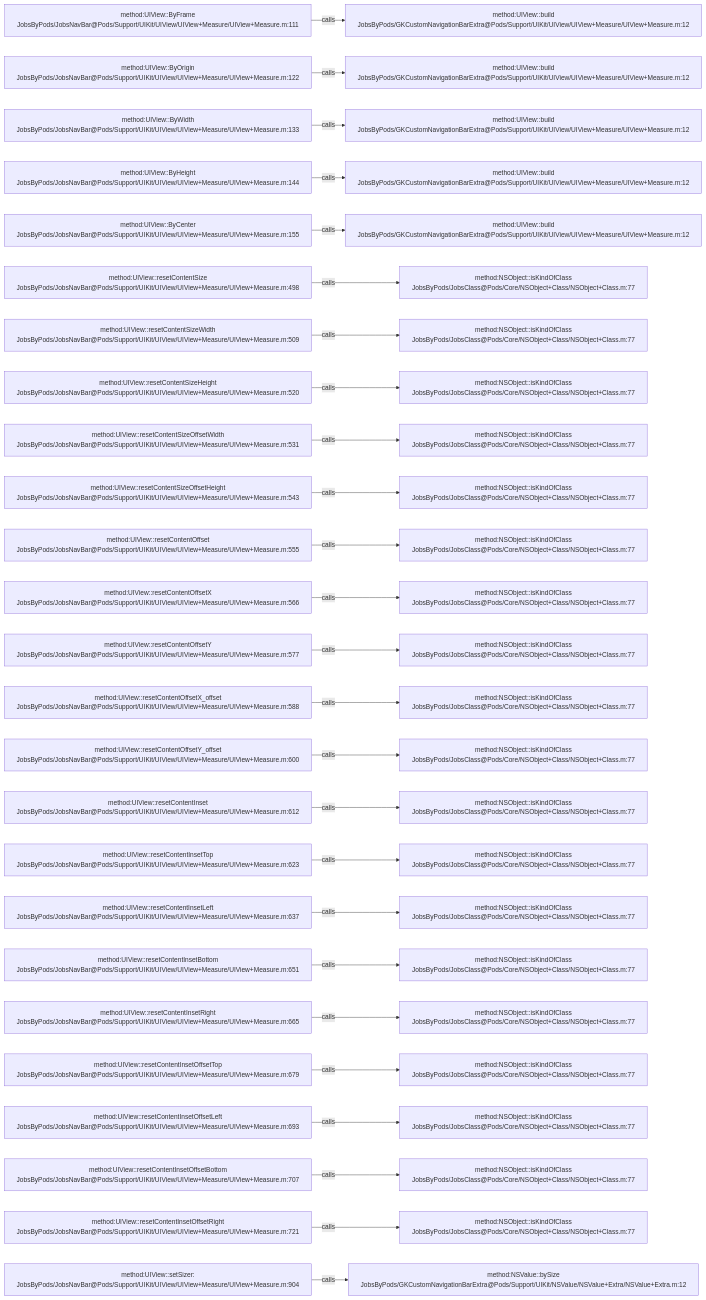
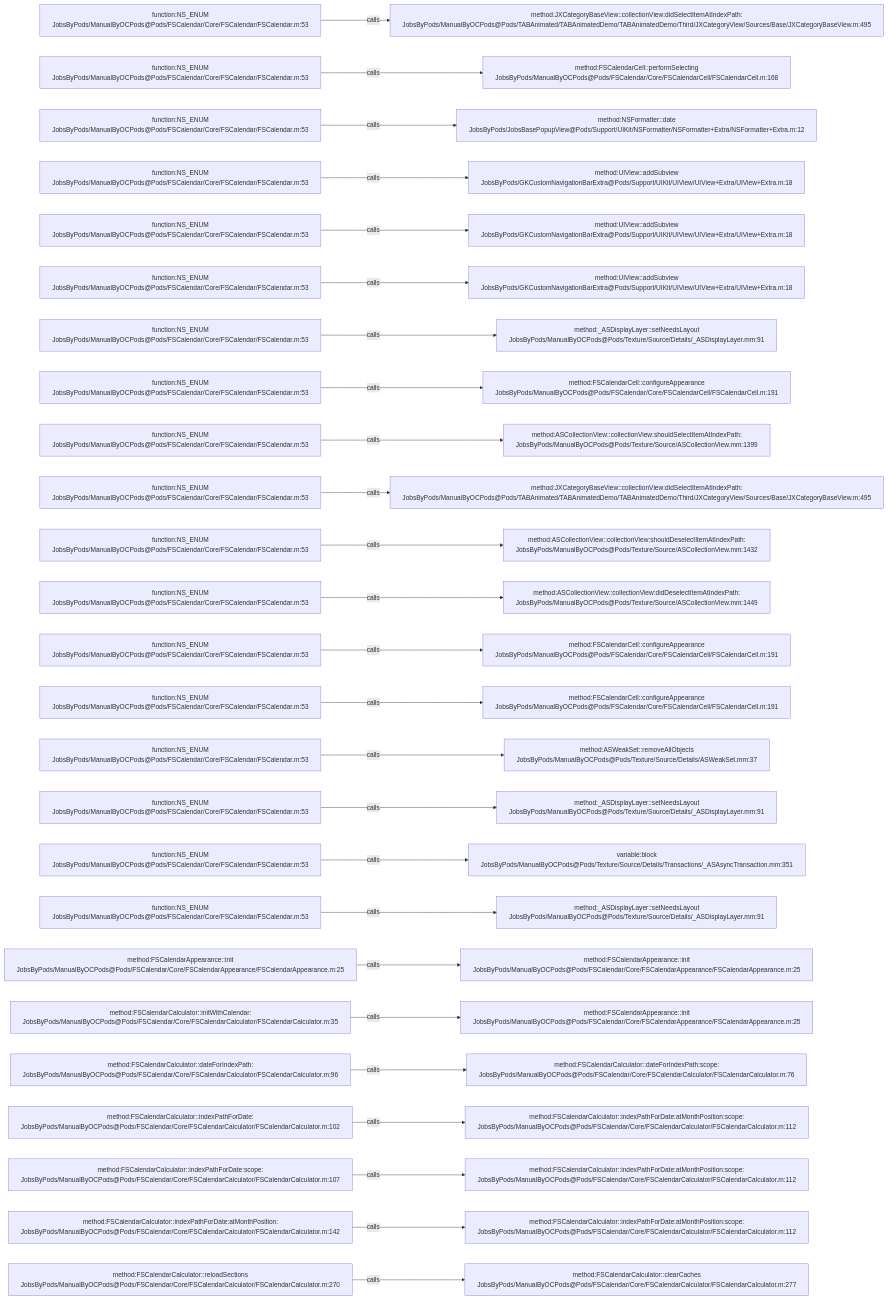
Before and after one commit to JobsKits/JobsOCBaseConfigDemo: the diagram in .codegraph/codegraph.md/graphs/calls-121.md, drawn with Mermaid. The commit also changed 573 other files, not shown here.

````diff
--- a/.codegraph/codegraph.md/graphs/calls-121.md
+++ b/.codegraph/codegraph.md/graphs/calls-121.md
@@ -13,78 +13,78 @@
 ```mermaid
 flowchart LR
-  S1["method:UIView::ByFrame<br/>JobsByPods/JobsNavBar@Pods/Support/UIKit/UIView/UIView+Measure/UIView+Measure.m:111"]
-  T1["method:UIView::build<br/>JobsByPods/GKCustomNavigationBarExtra@Pods/Support/UIKit/UIView/UIView+Measure/UIView+Measure.m:12"]
+  S1["function:NS_ENUM<br/>JobsByPods/ManualByOCPods@Pods/FSCalendar/Core/FSCalendar/FSCalendar.m:53"]
+  T1["method:JXCategoryBaseView::collectionView:didSelectItemAtIndexPath:<br/>JobsByPods/ManualByOCPods@Pods/TABAnimated/TABAnimatedDemo/TABAnimatedDemo/Third/JXCategoryView/Sources/Base/JXCategoryBaseView.m:495"]
   S1 -->|calls| T1
-  S2["method:UIView::ByOrigin<br/>JobsByPods/JobsNavBar@Pods/Support/UIKit/UIView/UIView+Measure/UIView+Measure.m:122"]
-  T2["method:UIView::build<br/>JobsByPods/GKCustomNavigationBarExtra@Pods/Support/UIKit/UIView/UIView+Measure/UIView+Measure.m:12"]
+  S2["function:NS_ENUM<br/>JobsByPods/ManualByOCPods@Pods/FSCalendar/Core/FSCalendar/FSCalendar.m:53"]
+  T2["method:FSCalendarCell::performSelecting<br/>JobsByPods/ManualByOCPods@Pods/FSCalendar/Core/FSCalendarCell/FSCalendarCell.m:168"]
   S2 -->|calls| T2
-  S3["method:UIView::ByWidth<br/>JobsByPods/JobsNavBar@Pods/Support/UIKit/UIView/UIView+Measure/UIView+Measure.m:133"]
-  T3["method:UIView::build<br/>JobsByPods/GKCustomNavigationBarExtra@Pods/Support/UIKit/UIView/UIView+Measure/UIView+Measure.m:12"]
+  S3["function:NS_ENUM<br/>JobsByPods/ManualByOCPods@Pods/FSCalendar/Core/FSCalendar/FSCalendar.m:53"]
+  T3["method:NSFormatter::date<br/>JobsByPods/JobsBasePopupView@Pods/Support/UIKit/NSFormatter/NSFormatter+Extra/NSFormatter+Extra.m:12"]
   S3 -->|calls| T3
-  S4["method:UIView::ByHeight<br/>JobsByPods/JobsNavBar@Pods/Support/UIKit/UIView/UIView+Measure/UIView+Measure.m:144"]
-  T4["method:UIView::build<br/>JobsByPods/GKCustomNavigationBarExtra@Pods/Support/UIKit/UIView/UIView+Measure/UIView+Measure.m:12"]
+  S4["function:NS_ENUM<br/>JobsByPods/ManualByOCPods@Pods/FSCalendar/Core/FSCalendar/FSCalendar.m:53"]
+  T4["method:UIView::addSubview<br/>JobsByPods/GKCustomNavigationBarExtra@Pods/Support/UIKit/UIView/UIView+Extra/UIView+Extra.m:18"]
   S4 -->|calls| T4
-  S5["method:UIView::ByCenter<br/>JobsByPods/JobsNavBar@Pods/Support/UIKit/UIView/UIView+Measure/UIView+Measure.m:155"]
-  T5["method:UIView::build<br/>JobsByPods/GKCustomNavigationBarExtra@Pods/Support/UIKit/UIView/UIView+Measure/UIView+Measure.m:12"]
+  S5["function:NS_ENUM<br/>JobsByPods/ManualByOCPods@Pods/FSCalendar/Core/FSCalendar/FSCalendar.m:53"]
+  T5["method:UIView::addSubview<br/>JobsByPods/GKCustomNavigationBarExtra@Pods/Support/UIKit/UIView/UIView+Extra/UIView+Extra.m:18"]
   S5 -->|calls| T5
-  S6["method:UIView::resetContentSize<br/>JobsByPods/JobsNavBar@Pods/Support/UIKit/UIView/UIView+Measure/UIView+Measure.m:498"]
-  T6["method:NSObject::isKindOfClass<br/>JobsByPods/JobsClass@Pods/Core/NSObject+Class/NSObject+Class.m:77"]
+  S6["function:NS_ENUM<br/>JobsByPods/ManualByOCPods@Pods/FSCalendar/Core/FSCalendar/FSCalendar.m:53"]
+  T6["method:UIView::addSubview<br/>JobsByPods/GKCustomNavigationBarExtra@Pods/Support/UIKit/UIView/UIView+Extra/UIView+Extra.m:18"]
   S6 -->|calls| T6
-  S7["method:UIView::resetContentSizeWidth<br/>JobsByPods/JobsNavBar@Pods/Support/UIKit/UIView/UIView+Measure/UIView+Measure.m:509"]
-  T7["method:NSObject::isKindOfClass<br/>JobsByPods/JobsClass@Pods/Core/NSObject+Class/NSObject+Class.m:77"]
+  S7["function:NS_ENUM<br/>JobsByPods/ManualByOCPods@Pods/FSCalendar/Core/FSCalendar/FSCalendar.m:53"]
+  T7["method:_ASDisplayLayer::setNeedsLayout<br/>JobsByPods/ManualByOCPods@Pods/Texture/Source/Details/_ASDisplayLayer.mm:91"]
   S7 -->|calls| T7
-  S8["method:UIView::resetContentSizeHeight<br/>JobsByPods/JobsNavBar@Pods/Support/UIKit/UIView/UIView+Measure/UIView+Measure.m:520"]
-  T8["method:NSObject::isKindOfClass<br/>JobsByPods/JobsClass@Pods/Core/NSObject+Class/NSObject+Class.m:77"]
+  S8["function:NS_ENUM<br/>JobsByPods/ManualByOCPods@Pods/FSCalendar/Core/FSCalendar/FSCalendar.m:53"]
+  T8["method:FSCalendarCell::configureAppearance<br/>JobsByPods/ManualByOCPods@Pods/FSCalendar/Core/FSCalendarCell/FSCalendarCell.m:191"]
   S8 -->|calls| T8
-  S9["method:UIView::resetContentSizeOffsetWidth<br/>JobsByPods/JobsNavBar@Pods/Support/UIKit/UIView/UIView+Measure/UIView+Measure.m:531"]
-  T9["method:NSObject::isKindOfClass<br/>JobsByPods/JobsClass@Pods/Core/NSObject+Class/NSObject+Class.m:77"]
+  S9["function:NS_ENUM<br/>JobsByPods/ManualByOCPods@Pods/FSCalendar/Core/FSCalendar/FSCalendar.m:53"]
+  T9["method:ASCollectionView::collectionView:shouldSelectItemAtIndexPath:<br/>JobsByPods/ManualByOCPods@Pods/Texture/Source/ASCollectionView.mm:1399"]
   S9 -->|calls| T9
-  S10["method:UIView::resetContentSizeOffsetHeight<br/>JobsByPods/JobsNavBar@Pods/Support/UIKit/UIView/UIView+Measure/UIView+Measure.m:543"]
-  T10["method:NSObject::isKindOfClass<br/>JobsByPods/JobsClass@Pods/Core/NSObject+Class/NSObject+Class.m:77"]
+  S10["function:NS_ENUM<br/>JobsByPods/ManualByOCPods@Pods/FSCalendar/Core/FSCalendar/FSCalendar.m:53"]
+  T10["method:JXCategoryBaseView::collectionView:didSelectItemAtIndexPath:<br/>JobsByPods/ManualByOCPods@Pods/TABAnimated/TABAnimatedDemo/TABAnimatedDemo/Third/JXCategoryView/Sources/Base/JXCategoryBaseView.m:495"]
   S10 -->|calls| T10
-  S11["method:UIView::resetContentOffset<br/>JobsByPods/JobsNavBar@Pods/Support/UIKit/UIView/UIView+Measure/UIView+Measure.m:555"]
-  T11["method:NSObject::isKindOfClass<br/>JobsByPods/JobsClass@Pods/Core/NSObject+Class/NSObject+Class.m:77"]
+  S11["function:NS_ENUM<br/>JobsByPods/ManualByOCPods@Pods/FSCalendar/Core/FSCalendar/FSCalendar.m:53"]
+  T11["method:ASCollectionView::collectionView:shouldDeselectItemAtIndexPath:<br/>JobsByPods/ManualByOCPods@Pods/Texture/Source/ASCollectionView.mm:1432"]
   S11 -->|calls| T11
-  S12["method:UIView::resetContentOffsetX<br/>JobsByPods/JobsNavBar@Pods/Support/UIKit/UIView/UIView+Measure/UIView+Measure.m:566"]
-  T12["method:NSObject::isKindOfClass<br/>JobsByPods/JobsClass@Pods/Core/NSObject+Class/NSObject+Class.m:77"]
+  S12["function:NS_ENUM<br/>JobsByPods/ManualByOCPods@Pods/FSCalendar/Core/FSCalendar/FSCalendar.m:53"]
+  T12["method:ASCollectionView::collectionView:didDeselectItemAtIndexPath:<br/>JobsByPods/ManualByOCPods@Pods/Texture/Source/ASCollectionView.mm:1449"]
   S12 -->|calls| T12
-  S13["method:UIView::resetContentOffsetY<br/>JobsByPods/JobsNavBar@Pods/Support/UIKit/UIView/UIView+Measure/UIView+Measure.m:577"]
-  T13["method:NSObject::isKindOfClass<br/>JobsByPods/JobsClass@Pods/Core/NSObject+Class/NSObject+Class.m:77"]
+  S13["function:NS_ENUM<br/>JobsByPods/ManualByOCPods@Pods/FSCalendar/Core/FSCalendar/FSCalendar.m:53"]
+  T13["method:FSCalendarCell::configureAppearance<br/>JobsByPods/ManualByOCPods@Pods/FSCalendar/Core/FSCalendarCell/FSCalendarCell.m:191"]
   S13 -->|calls| T13
-  S14["method:UIView::resetContentOffsetX_offset<br/>JobsByPods/JobsNavBar@Pods/Support/UIKit/UIView/UIView+Measure/UIView+Measure.m:588"]
-  T14["method:NSObject::isKindOfClass<br/>JobsByPods/JobsClass@Pods/Core/NSObject+Class/NSObject+Class.m:77"]
+  S14["function:NS_ENUM<br/>JobsByPods/ManualByOCPods@Pods/FSCalendar/Core/FSCalendar/FSCalendar.m:53"]
+  T14["method:FSCalendarCell::configureAppearance<br/>JobsByPods/ManualByOCPods@Pods/FSCalendar/Core/FSCalendarCell/FSCalendarCell.m:191"]
   S14 -->|calls| T14
-  S15["method:UIView::resetContentOffsetY_offset<br/>JobsByPods/JobsNavBar@Pods/Support/UIKit/UIView/UIView+Measure/UIView+Measure.m:600"]
-  T15["method:NSObject::isKindOfClass<br/>JobsByPods/JobsClass@Pods/Core/NSObject+Class/NSObject+Class.m:77"]
+  S15["function:NS_ENUM<br/>JobsByPods/ManualByOCPods@Pods/FSCalendar/Core/FSCalendar/FSCalendar.m:53"]
+  T15["method:ASWeakSet::removeAllObjects<br/>JobsByPods/ManualByOCPods@Pods/Texture/Source/Details/ASWeakSet.mm:37"]
   S15 -->|calls| T15
-  S16["method:UIView::resetContentInset<br/>JobsByPods/JobsNavBar@Pods/Support/UIKit/UIView/UIView+Measure/UIView+Measure.m:612"]
-  T16["method:NSObject::isKindOfClass<br/>JobsByPods/JobsClass@Pods/Core/NSObject+Class/NSObject+Class.m:77"]
+  S16["function:NS_ENUM<br/>JobsByPods/ManualByOCPods@Pods/FSCalendar/Core/FSCalendar/FSCalendar.m:53"]
+  T16["method:_ASDisplayLayer::setNeedsLayout<br/>JobsByPods/ManualByOCPods@Pods/Texture/Source/Details/_ASDisplayLayer.mm:91"]
   S16 -->|calls| T16
-  S17["method:UIView::resetContentInsetTop<br/>JobsByPods/JobsNavBar@Pods/Support/UIKit/UIView/UIView+Measure/UIView+Measure.m:623"]
-  T17["method:NSObject::isKindOfClass<br/>JobsByPods/JobsClass@Pods/Core/NSObject+Class/NSObject+Class.m:77"]
+  S17["function:NS_ENUM<br/>JobsByPods/ManualByOCPods@Pods/FSCalendar/Core/FSCalendar/FSCalendar.m:53"]
+  T17["variable:block<br/>JobsByPods/ManualByOCPods@Pods/Texture/Source/Details/Transactions/_ASAsyncTransaction.mm:351"]
   S17 -->|calls| T17
-  S18["method:UIView::resetContentInsetLeft<br/>JobsByPods/JobsNavBar@Pods/Support/UIKit/UIView/UIView+Measure/UIView+Measure.m:637"]
-  T18["method:NSObject::isKindOfClass<br/>JobsByPods/JobsClass@Pods/Core/NSObject+Class/NSObject+Class.m:77"]
+  S18["function:NS_ENUM<br/>JobsByPods/ManualByOCPods@Pods/FSCalendar/Core/FSCalendar/FSCalendar.m:53"]
+  T18["method:_ASDisplayLayer::setNeedsLayout<br/>JobsByPods/ManualByOCPods@Pods/Texture/Source/Details/_ASDisplayLayer.mm:91"]
   S18 -->|calls| T18
-  S19["method:UIView::resetContentInsetBottom<br/>JobsByPods/JobsNavBar@Pods/Support/UIKit/UIView/UIView+Measure/UIView+Measure.m:651"]
-  T19["method:NSObject::isKindOfClass<br/>JobsByPods/JobsClass@Pods/Core/NSObject+Class/NSObject+Class.m:77"]
+  S19["method:FSCalendarAppearance::init<br/>JobsByPods/ManualByOCPods@Pods/FSCalendar/Core/FSCalendarAppearance/FSCalendarAppearance.m:25"]
+  T19["method:FSCalendarAppearance::init<br/>JobsByPods/ManualByOCPods@Pods/FSCalendar/Core/FSCalendarAppearance/FSCalendarAppearance.m:25"]
   S19 -->|calls| T19
-  S20["method:UIView::resetContentInsetRight<br/>JobsByPods/JobsNavBar@Pods/Support/UIKit/UIView/UIView+Measure/UIView+Measure.m:665"]
-  T20["method:NSObject::isKindOfClass<br/>JobsByPods/JobsClass@Pods/Core/NSObject+Class/NSObject+Class.m:77"]
+  S20["method:FSCalendarCalculator::initWithCalendar:<br/>JobsByPods/ManualByOCPods@Pods/FSCalendar/Core/FSCalendarCalculator/FSCalendarCalculator.m:35"]
+  T20["method:FSCalendarAppearance::init<br/>JobsByPods/ManualByOCPods@Pods/FSCalendar/Core/FSCalendarAppearance/FSCalendarAppearance.m:25"]
   S20 -->|calls| T20
-  S21["method:UIView::resetContentInsetOffsetTop<br/>JobsByPods/JobsNavBar@Pods/Support/UIKit/UIView/UIView+Measure/UIView+Measure.m:679"]
-  T21["method:NSObject::isKindOfClass<br/>JobsByPods/JobsClass@Pods/Core/NSObject+Class/NSObject+Class.m:77"]
+  S21["method:FSCalendarCalculator::dateForIndexPath:<br/>JobsByPods/ManualByOCPods@Pods/FSCalendar/Core/FSCalendarCalculator/FSCalendarCalculator.m:96"]
+  T21["method:FSCalendarCalculator::dateForIndexPath:scope:<br/>JobsByPods/ManualByOCPods@Pods/FSCalendar/Core/FSCalendarCalculator/FSCalendarCalculator.m:76"]
   S21 -->|calls| T21
-  S22["method:UIView::resetContentInsetOffsetLeft<br/>JobsByPods/JobsNavBar@Pods/Support/UIKit/UIView/UIView+Measure/UIView+Measure.m:693"]
-  T22["method:NSObject::isKindOfClass<br/>JobsByPods/JobsClass@Pods/Core/NSObject+Class/NSObject+Class.m:77"]
+  S22["method:FSCalendarCalculator::indexPathForDate:<br/>JobsByPods/ManualByOCPods@Pods/FSCalendar/Core/FSCalendarCalculator/FSCalendarCalculator.m:102"]
+  T22["method:FSCalendarCalculator::indexPathForDate:atMonthPosition:scope:<br/>JobsByPods/ManualByOCPods@Pods/FSCalendar/Core/FSCalendarCalculator/FSCalendarCalculator.m:112"]
   S22 -->|calls| T22
-  S23["method:UIView::resetContentInsetOffsetBottom<br/>JobsByPods/JobsNavBar@Pods/Support/UIKit/UIView/UIView+Measure/UIView+Measure.m:707"]
-  T23["method:NSObject::isKindOfClass<br/>JobsByPods/JobsClass@Pods/Core/NSObject+Class/NSObject+Class.m:77"]
+  S23["method:FSCalendarCalculator::indexPathForDate:scope:<br/>JobsByPods/ManualByOCPods@Pods/FSCalendar/Core/FSCalendarCalculator/FSCalendarCalculator.m:107"]
+  T23["method:FSCalendarCalculator::indexPathForDate:atMonthPosition:scope:<br/>JobsByPods/ManualByOCPods@Pods/FSCalendar/Core/FSCalendarCalculator/FSCalendarCalculator.m:112"]
   S23 -->|calls| T23
-  S24["method:UIView::resetContentInsetOffsetRight<br/>JobsByPods/JobsNavBar@Pods/Support/UIKit/UIView/UIView+Measure/UIView+Measure.m:721"]
-  T24["method:NSObject::isKindOfClass<br/>JobsByPods/JobsClass@Pods/Core/NSObject+Class/NSObject+Class.m:77"]
+  S24["method:FSCalendarCalculator::indexPathForDate:atMonthPosition:<br/>JobsByPods/ManualByOCPods@Pods/FSCalendar/Core/FSCalendarCalculator/FSCalendarCalculator.m:142"]
+  T24["method:FSCalendarCalculator::indexPathForDate:atMonthPosition:scope:<br/>JobsByPods/ManualByOCPods@Pods/FSCalendar/Core/FSCalendarCalculator/FSCalendarCalculator.m:112"]
   S24 -->|calls| T24
-  S25["method:UIView::setSizer:<br/>JobsByPods/JobsNavBar@Pods/Support/UIKit/UIView/UIView+Measure/UIView+Measure.m:904"]
-  T25["method:NSValue::bySize<br/>JobsByPods/GKCustomNavigationBarExtra@Pods/Support/UIKit/NSValue/NSValue+Extra/NSValue+Extra.m:12"]
+  S25["method:FSCalendarCalculator::reloadSections<br/>JobsByPods/ManualByOCPods@Pods/FSCalendar/Core/FSCalendarCalculator/FSCalendarCalculator.m:270"]
+  T25["method:FSCalendarCalculator::clearCaches<br/>JobsByPods/ManualByOCPods@Pods/FSCalendar/Core/FSCalendarCalculator/FSCalendarCalculator.m:277"]
   S25 -->|calls| T25
 ```
````
